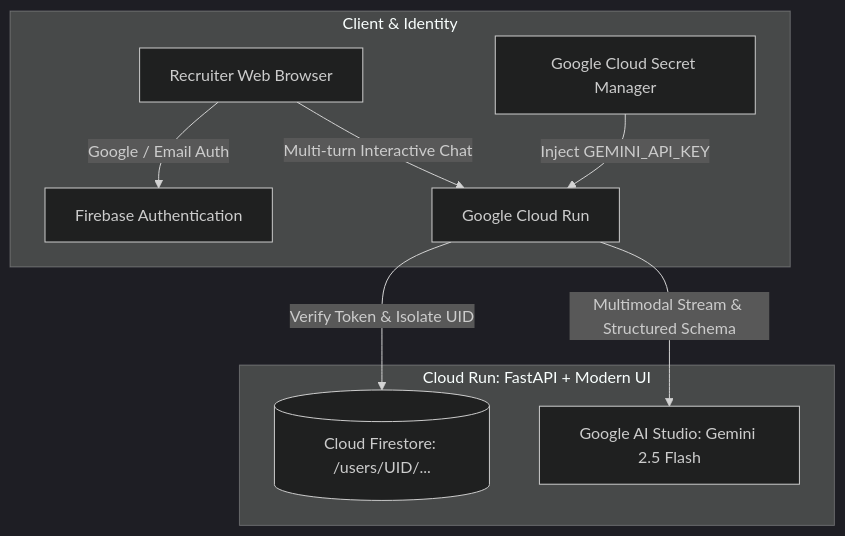
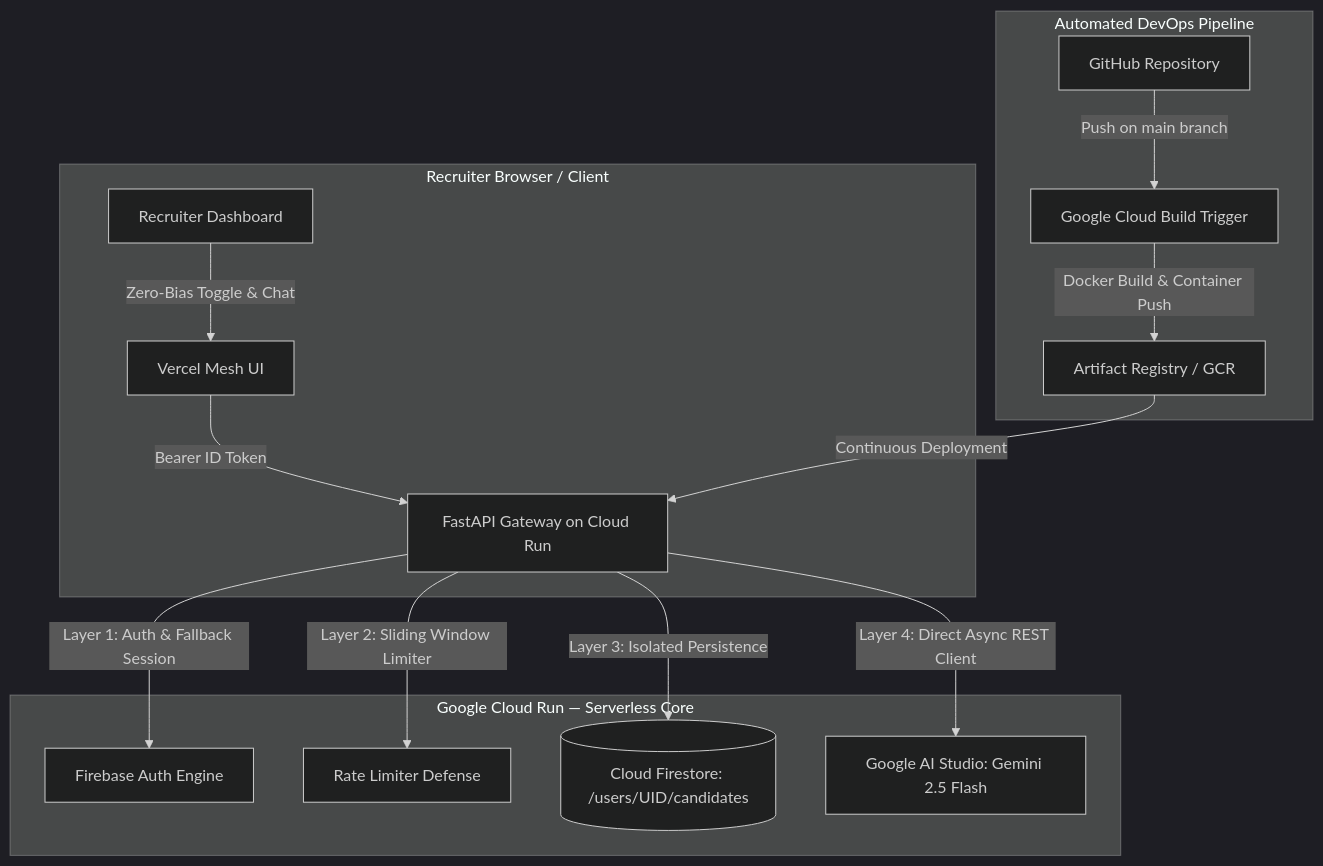
One commit to dinhsang031/talentpulse-ai-68 changed the diagram in README.md. Above: the diagram before and after it, drawn with Mermaid (dark theme). The commit also changed other lines of this file, not shown here.

Commit message:
docs: complete enterprise README with live links, architecture diagrams, and submission guide

````diff
--- a/README.md
+++ b/README.md
@@ -27,13 +26,20 @@
 ```mermaid
 graph TD
-    subgraph Client & Identity
-        A[Recruiter Web Browser] -->|Google / Email Auth| B[Firebase Authentication]
-        E[Google Cloud Secret Manager] -->|Inject GEMINI_API_KEY| C[Google Cloud Run]
+    subgraph Client [Recruiter Browser / Client]
+        A[Recruiter Dashboard] -->|Zero-Bias Toggle & Chat| B[Vercel Mesh UI]
+        B -->|Bearer ID Token| C[FastAPI Gateway on Cloud Run]
     end
 
-    subgraph Containerized Application [Cloud Run: FastAPI + Modern UI]
-        C -->|Verify Token & Isolate UID| D[(Cloud Firestore: /users/UID/...)]
-        C -->|Multimodal Stream & Structured Schema| F[Google AI Studio: Gemini 2.5 Flash]
-        A -->|Multi-turn Interactive Chat| C
+    subgraph GCP [Google Cloud Run — Serverless Core]
+        C -->|Layer 1: Auth & Fallback Session| D[Firebase Auth Engine]
+        C -->|Layer 2: Sliding Window Limiter| E[Rate Limiter Defense]
+        C -->|Layer 3: Isolated Persistence| F[(Cloud Firestore: /users/UID/candidates)]
+        C -->|Layer 4: Direct Async REST Client| G[Google AI Studio: Gemini 2.5 Flash]
+    end
+
+    subgraph CI_CD [Automated DevOps Pipeline]
+        H[GitHub Repository] -->|Push on main branch| I[Google Cloud Build Trigger]
+        I -->|Docker Build & Container Push| J[Artifact Registry / GCR]
+        J -->|Continuous Deployment| C
     end
 ```
````
